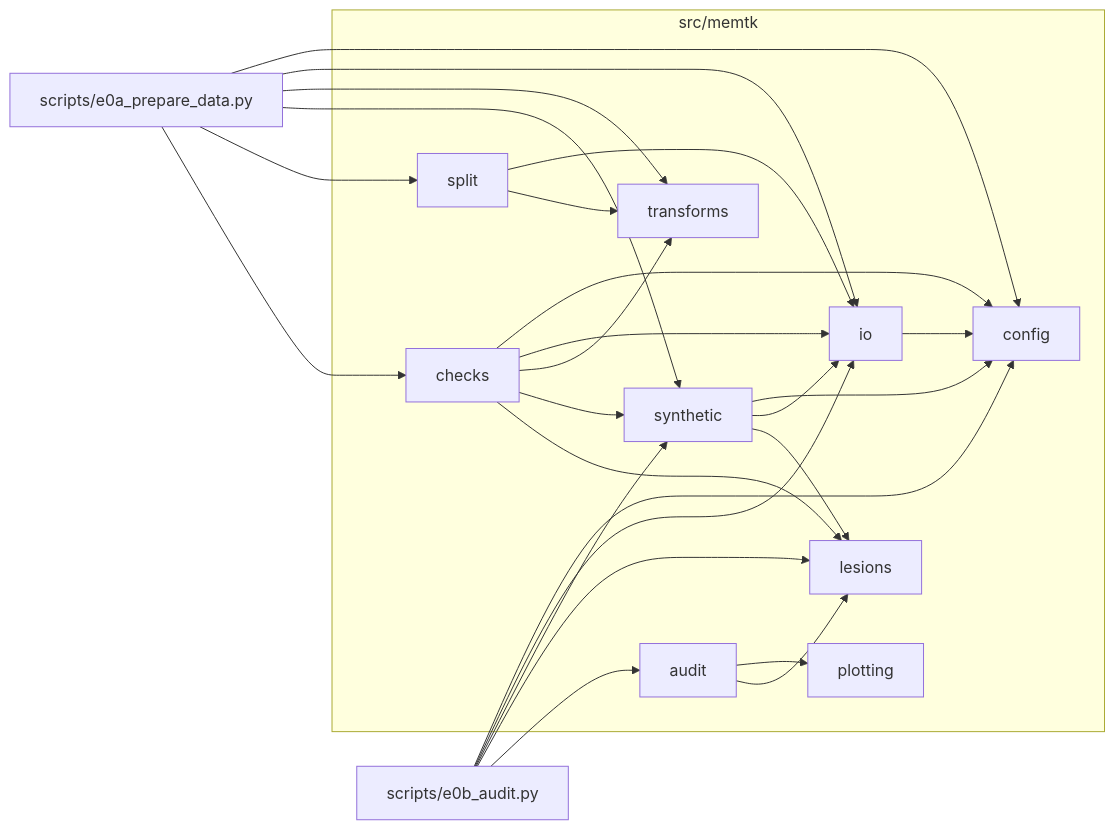
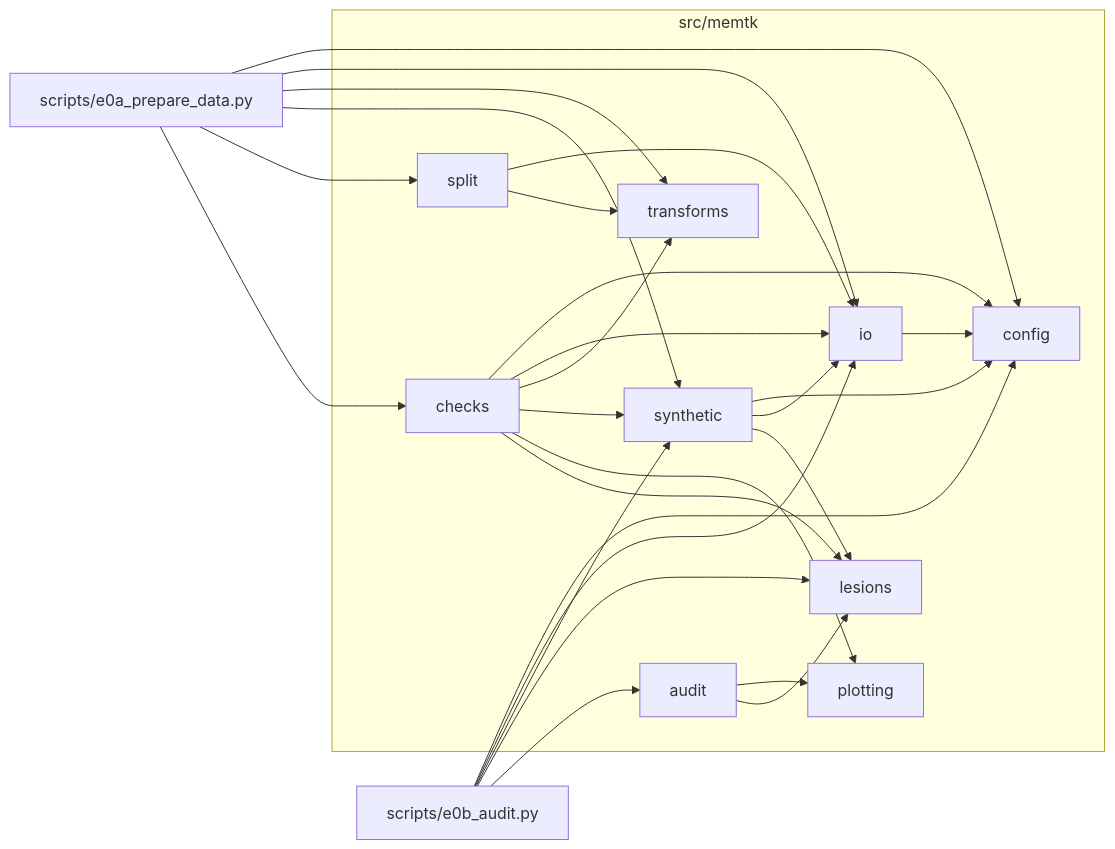
One commit to mattia3003/MT_project changed the second of 2 diagrams in docs/architecture.md. Above: the diagram before and after it, drawn with Mermaid. The commit also changed other lines of this file and 25 other files, not shown here.

````diff
--- a/docs/architecture.md
+++ b/docs/architecture.md
@@ -111,25 +112,25 @@
 ```mermaid
 flowchart LR
     S_E0A["scripts/e0a_prepare_data.py"]
     S_E0B["scripts/e0b_audit.py"]
 
     subgraph MEMTK["src/memtk"]
         M_CHECKS["checks"]
         M_AUDIT["audit"]
         M_SPLIT["split"]
         M_SYN["synthetic"]
         M_PLOT["plotting"]
         M_LESIONS["lesions"]
         M_TRANSFORMS["transforms"]
         M_IO["io"]
         M_CONFIG["config"]
     end
 
     S_E0A --> M_CHECKS & M_SPLIT & M_SYN & M_TRANSFORMS & M_IO & M_CONFIG
     S_E0B --> M_AUDIT & M_LESIONS & M_SYN & M_IO & M_CONFIG
-    M_CHECKS --> M_LESIONS & M_SYN & M_TRANSFORMS & M_IO & M_CONFIG
+    M_CHECKS --> M_LESIONS & M_PLOT & M_SYN & M_TRANSFORMS & M_IO & M_CONFIG
     M_AUDIT --> M_LESIONS & M_PLOT
     M_SPLIT --> M_TRANSFORMS & M_IO
     M_SYN --> M_LESIONS & M_IO & M_CONFIG
     M_IO --> M_CONFIG
 ```
````
